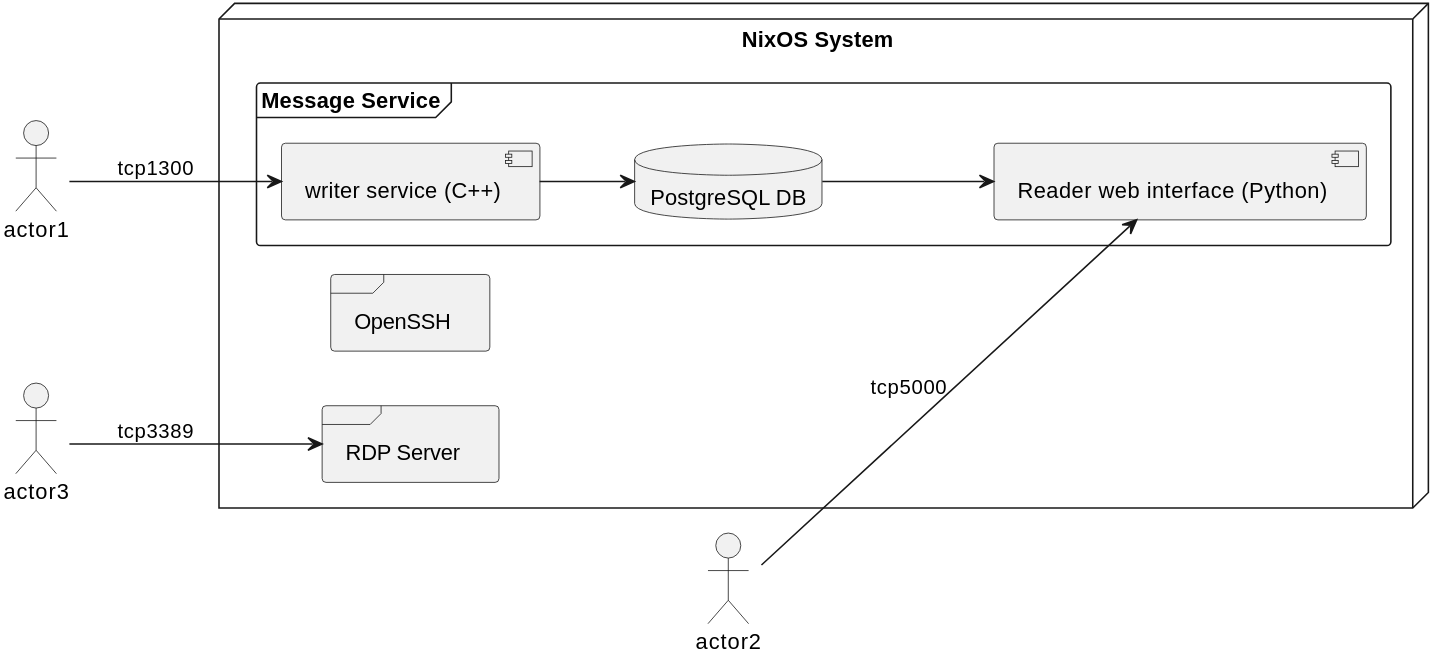
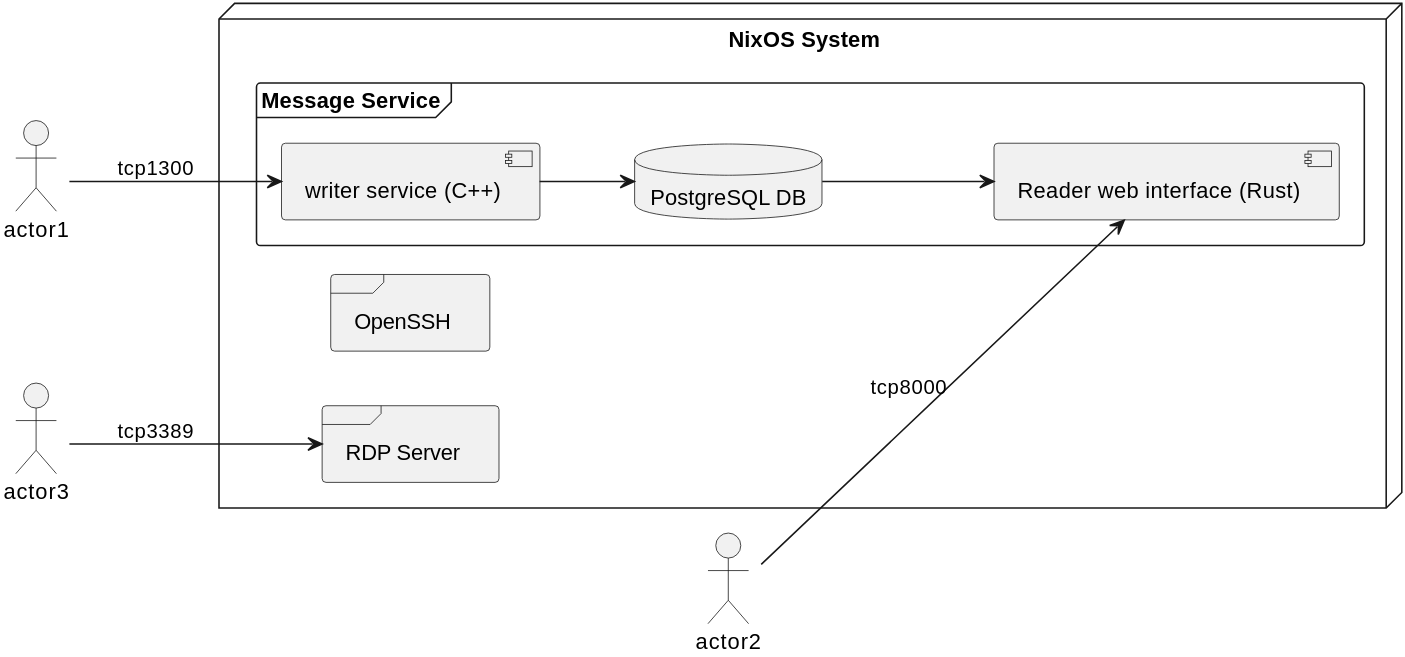
One commit to tfc/philosophers-stone-nixos changed the first of 4 diagrams in doc/slides/slides.md. Above: the diagram before and after it, drawn with PlantUML. The commit also changed other lines of this file and 1 other file, not shown here.

Commit message:
Reflect the python app/rust app exchange in the docs

````diff
--- a/doc/slides/slides.md
+++ b/doc/slides/slides.md
@@ -80,37 +80,37 @@
 ```{ .plantuml
      caption="NixOS system running *some* example services"
      #fig:testsinglenode
    }
 @startuml
 skinparam dpi 500
 left to right direction
 
 node "NixOS System" as system {
   frame "Message Service" {
     database postgres [
       PostgreSQL DB
     ]
     component writer [
       writer service (C++)
     ]
     component reader [
-      Reader web interface (Python)
+      Reader web interface (Rust)
     ]
   }
 
   writer --> postgres
   postgres --> reader
 
   frame "OpenSSH"
   frame "RDP Server" as rdp
 }
 
 actor actor1
 actor1 --> writer : tcp1300
 actor actor2
-actor2 --> reader : tcp5000
+actor2 --> reader : tcp8000
 actor actor3
 actor3 --> rdp : tcp3389
 
 @enduml
 ```
````
